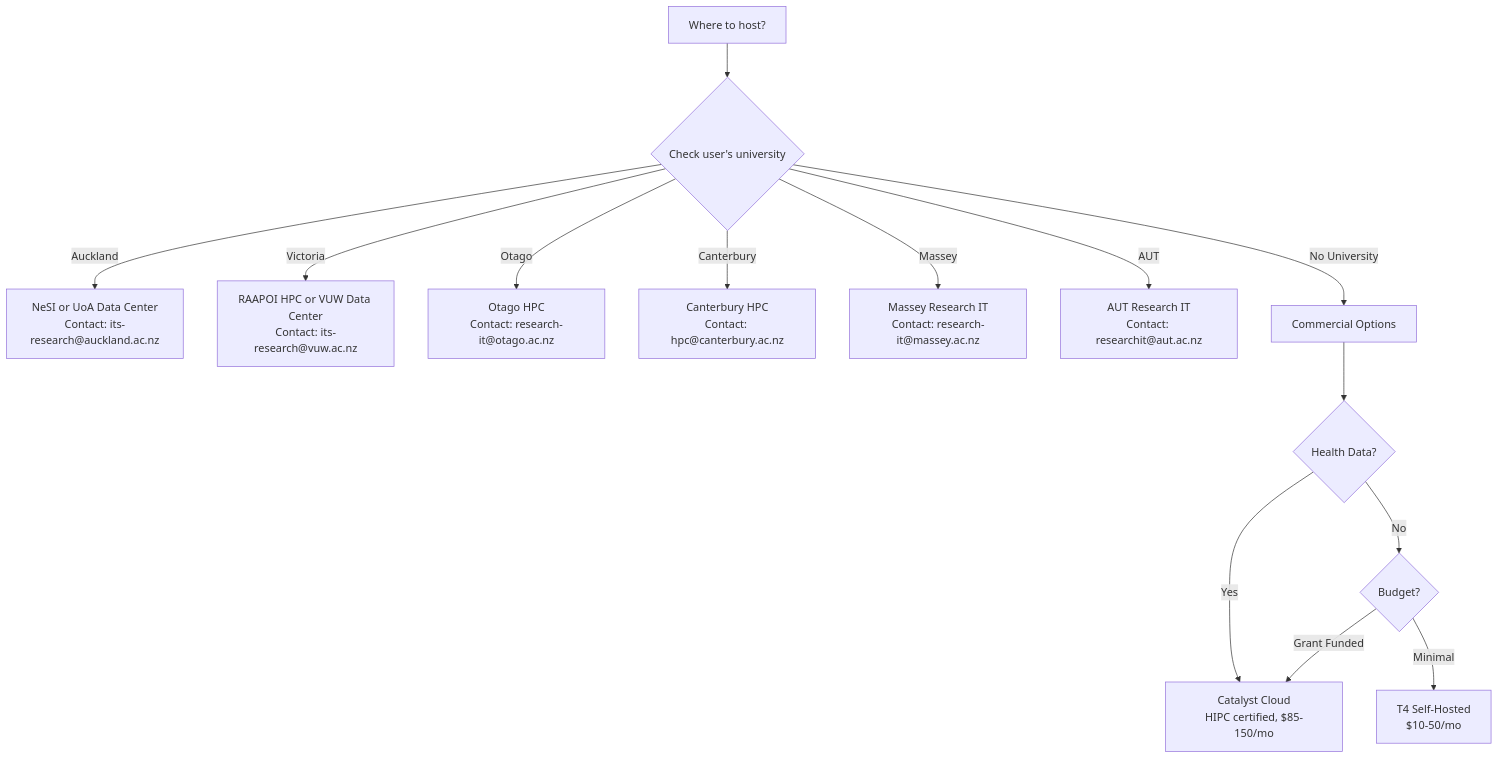
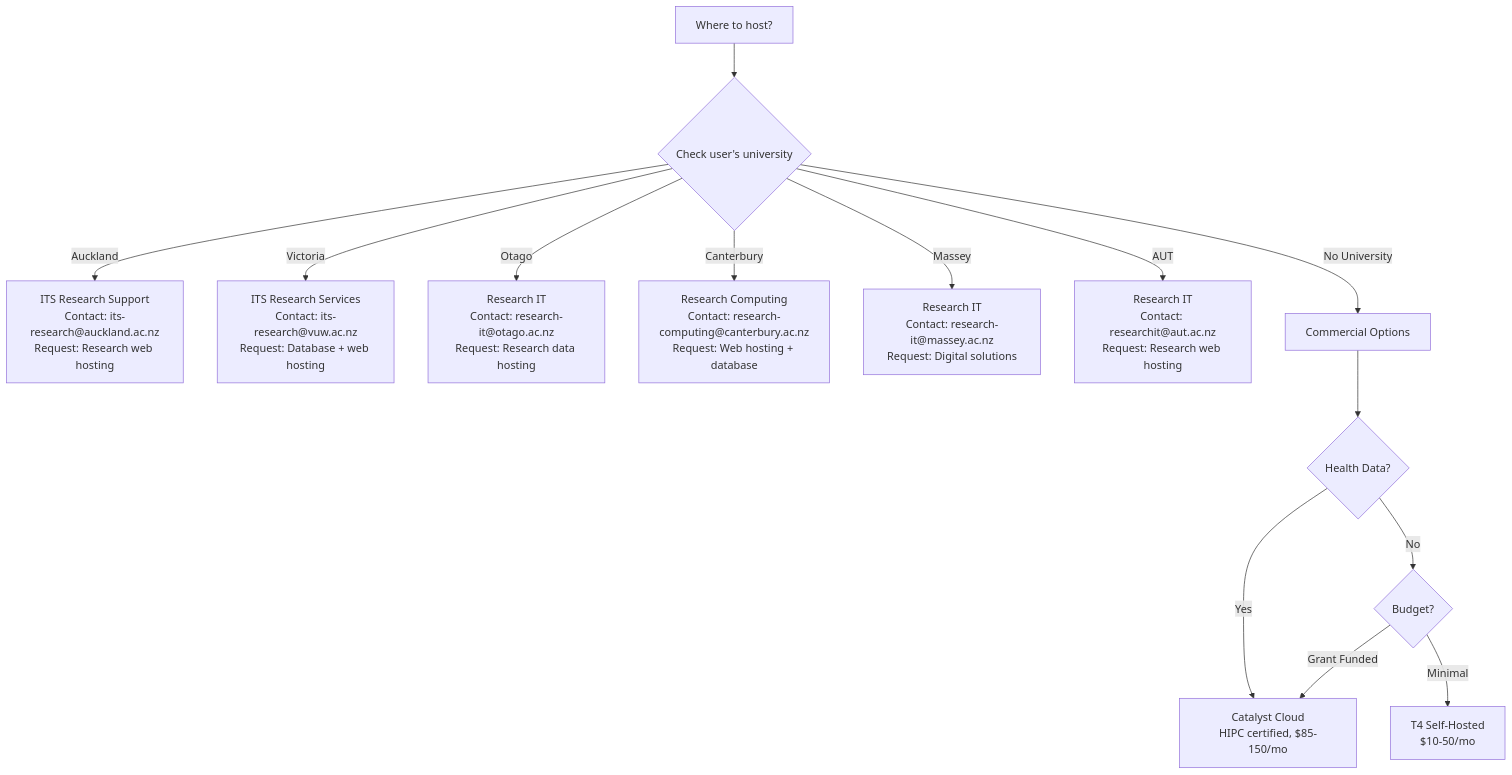
One commit to SimonMcCallum/WebTics changed the third of 4 diagrams in AI_AGENT_README.md. Above: the diagram before and after it, drawn with Mermaid. The commit also changed other lines of this file and 2 other files, not shown here.

First line of the commit message:
Correct HPC confusion and verify university contacts

````diff
--- a/AI_AGENT_README.md
+++ b/AI_AGENT_README.md
@@ -121,19 +123,19 @@
 ```mermaid
 graph TD
     START[Where to host?] --> CHECK1{Check user's university}
 
-    CHECK1 -->|Auckland| UOA[NeSI or UoA Data Center<br/>Contact: its-research@auckland.ac.nz]
-    CHECK1 -->|Victoria| VUW[RAAPOI HPC or VUW Data Center<br/>Contact: its-research@vuw.ac.nz]
-    CHECK1 -->|Otago| OTAGO[Otago HPC<br/>Contact: research-it@otago.ac.nz]
-    CHECK1 -->|Canterbury| UC[Canterbury HPC<br/>Contact: hpc@canterbury.ac.nz]
-    CHECK1 -->|Massey| MASSEY[Massey Research IT<br/>Contact: research-it@massey.ac.nz]
-    CHECK1 -->|AUT| AUT[AUT Research IT<br/>Contact: researchit@aut.ac.nz]
+    CHECK1 -->|Auckland| UOA[ITS Research Support<br/>Contact: its-research@auckland.ac.nz<br/>Request: Research web hosting]
+    CHECK1 -->|Victoria| VUW[ITS Research Services<br/>Contact: its-research@vuw.ac.nz<br/>Request: Database + web hosting]
+    CHECK1 -->|Otago| OTAGO[Research IT<br/>Contact: research-it@otago.ac.nz<br/>Request: Research data hosting]
+    CHECK1 -->|Canterbury| UC[Research Computing<br/>Contact: research-computing@canterbury.ac.nz<br/>Request: Web hosting + database]
+    CHECK1 -->|Massey| MASSEY[Research IT<br/>Contact: research-it@massey.ac.nz<br/>Request: Digital solutions]
+    CHECK1 -->|AUT| AUT[Research IT<br/>Contact: researchit@aut.ac.nz<br/>Request: Research web hosting]
     CHECK1 -->|No University| COM[Commercial Options]
 
     COM --> CHECK2{Health Data?}
     CHECK2 -->|Yes| CATALYST[Catalyst Cloud<br/>HIPC certified, $85-150/mo]
     CHECK2 -->|No| CHECK3{Budget?}
 
     CHECK3 -->|Grant Funded| CATALYST
     CHECK3 -->|Minimal| T4[T4 Self-Hosted<br/>$10-50/mo]
 ```
````
